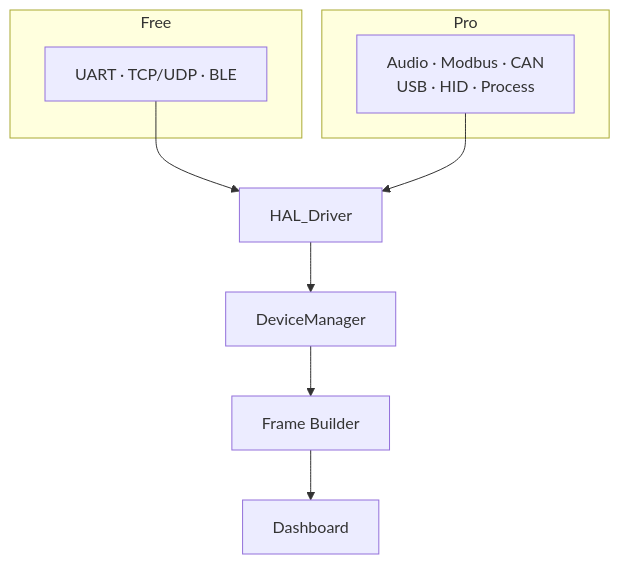
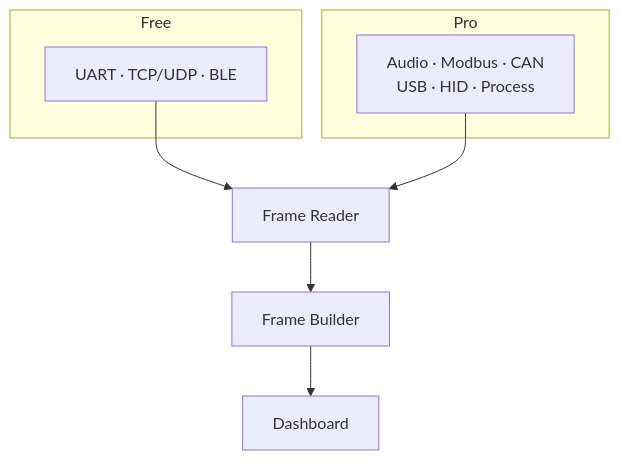
Before and after one commit to Serial-Studio/Serial-Studio: the diagram in doc/help/Data-Sources.md, drawn with Mermaid. The commit also changed other lines of this file and 21 other files, not shown here.

````diff
--- a/doc/help/Data-Sources.md
+++ b/doc/help/Data-Sources.md
@@ -11,14 +9,13 @@
 ```mermaid
 flowchart TD
     subgraph Free["Free"]
         F1["UART · TCP/UDP · BLE"]
     end
     subgraph Pro["Pro"]
         P1["Audio · Modbus · CAN<br/>USB · HID · Process"]
     end
-    F1 --> HAL["HAL_Driver"]
-    P1 --> HAL
-    HAL --> DM["DeviceManager"]
-    DM --> FB["Frame Builder"]
+    F1 --> FR["Frame Reader"]
+    P1 --> FR
+    FR --> FB["Frame Builder"]
     FB --> DASH["Dashboard"]
 ```
````
